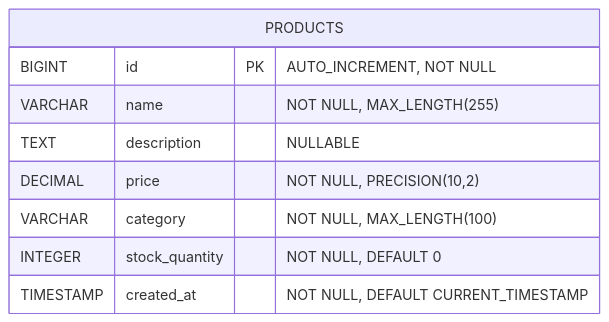
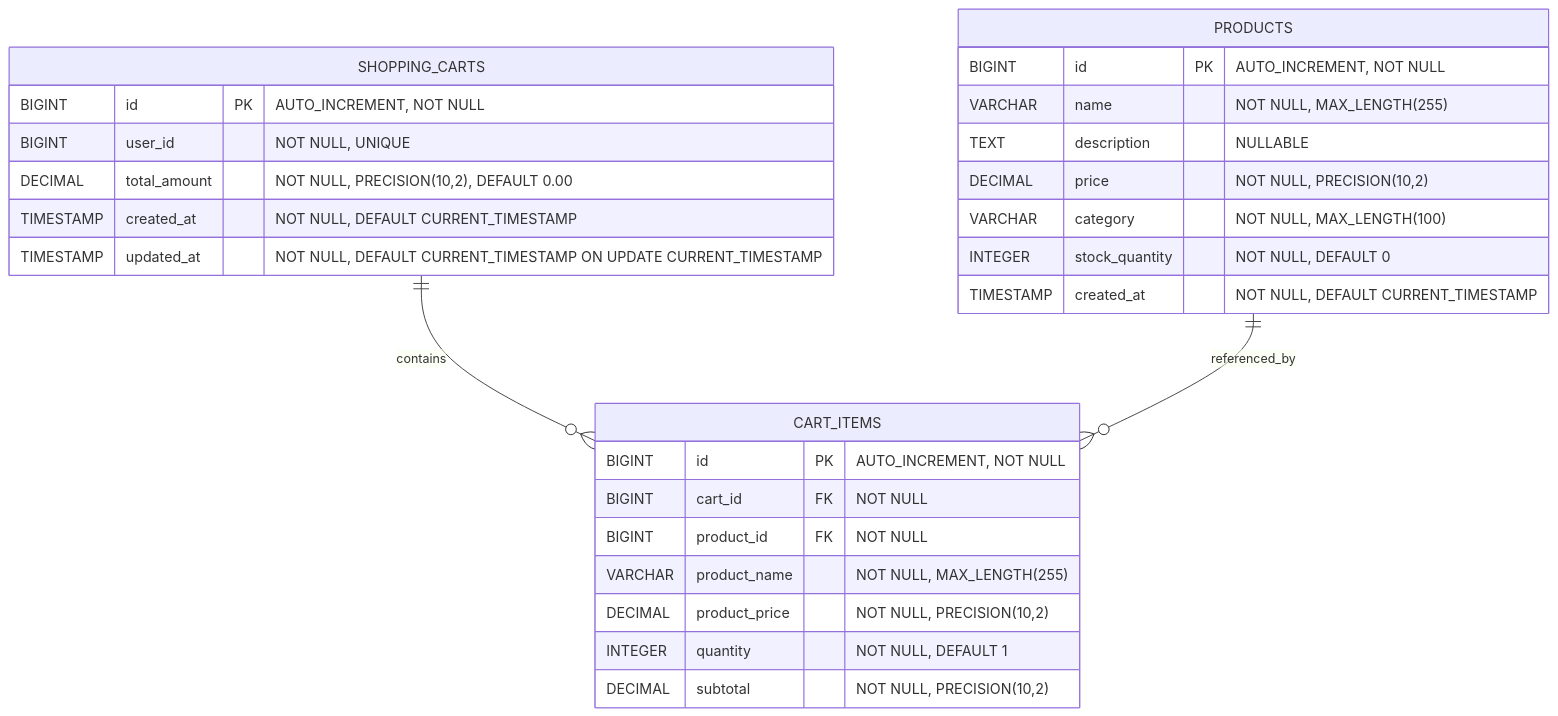
Before and after one commit to NavneetBN47/aava-ecom-demo: the second of 14 diagrams in docs/LLD/lld.md, drawn with Mermaid. The commit also changed other lines of this file, not shown here.

Commit message:
Auto commit: Files updated on 2026-02-27-23-11-31

````diff
--- a/docs/LLD/lld.md
+++ b/docs/LLD/lld.md
@@ -84,12 +177,33 @@
 ```mermaid
 erDiagram
     PRODUCTS {
         BIGINT id PK "AUTO_INCREMENT, NOT NULL"
         VARCHAR name "NOT NULL, MAX_LENGTH(255)"
         TEXT description "NULLABLE"
         DECIMAL price "NOT NULL, PRECISION(10,2)"
         VARCHAR category "NOT NULL, MAX_LENGTH(100)"
         INTEGER stock_quantity "NOT NULL, DEFAULT 0"
         TIMESTAMP created_at "NOT NULL, DEFAULT CURRENT_TIMESTAMP"
     }
+    
+    SHOPPING_CARTS {
+        BIGINT id PK "AUTO_INCREMENT, NOT NULL"
+        BIGINT user_id "NOT NULL, UNIQUE"
+        DECIMAL total_amount "NOT NULL, PRECISION(10,2), DEFAULT 0.00"
+        TIMESTAMP created_at "NOT NULL, DEFAULT CURRENT_TIMESTAMP"
+        TIMESTAMP updated_at "NOT NULL, DEFAULT CURRENT_TIMESTAMP ON UPDATE CURRENT_TIMESTAMP"
+    }
+    
+    CART_ITEMS {
+        BIGINT id PK "AUTO_INCREMENT, NOT NULL"
+        BIGINT cart_id FK "NOT NULL"
+        BIGINT product_id FK "NOT NULL"
+        VARCHAR product_name "NOT NULL, MAX_LENGTH(255)"
+        DECIMAL product_price "NOT NULL, PRECISION(10,2)"
+        INTEGER quantity "NOT NULL, DEFAULT 1"
+        DECIMAL subtotal "NOT NULL, PRECISION(10,2)"
+    }
+    
+    SHOPPING_CARTS ||--o{ CART_ITEMS : contains
+    PRODUCTS ||--o{ CART_ITEMS : referenced_by
 ```
````
